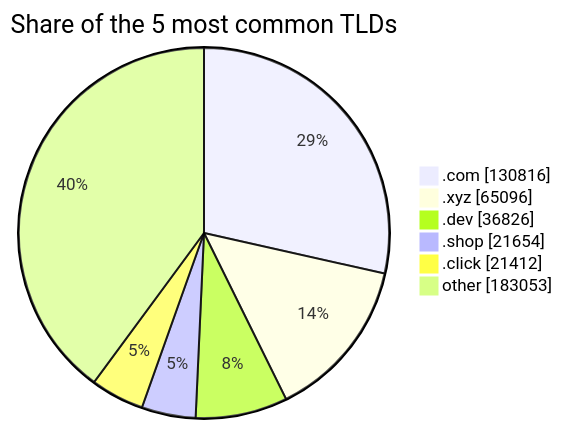
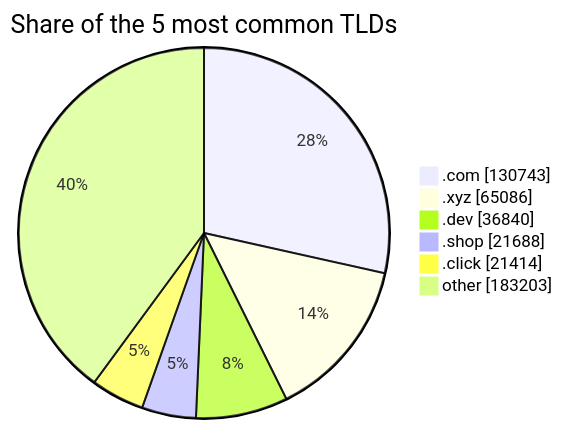
Before and after one commit to DNSBunker/CTI: the third of 3 diagrams in README.md, drawn with Mermaid. The commit also changed other lines of this file and 3 other files, not shown here.

````diff
--- a/README.md
+++ b/README.md
@@ -81,9 +81,9 @@
 ```mermaid
 pie showData title Share of the 5 most common TLDs
-    ".com" : 130816
-    ".xyz" : 65096
-    ".dev" : 36826
-    ".shop" : 21654
-    ".click" : 21412
-    "other" : 183053
+    ".com" : 130743
+    ".xyz" : 65086
+    ".dev" : 36840
+    ".shop" : 21688
+    ".click" : 21414
+    "other" : 183203
 ```
````
